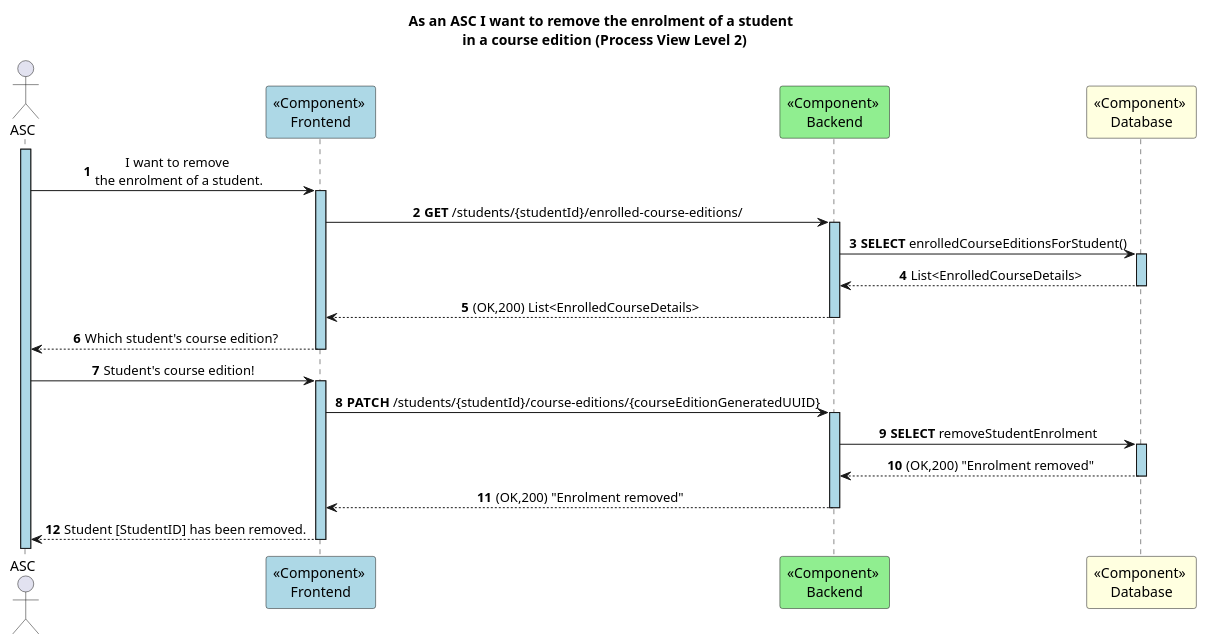
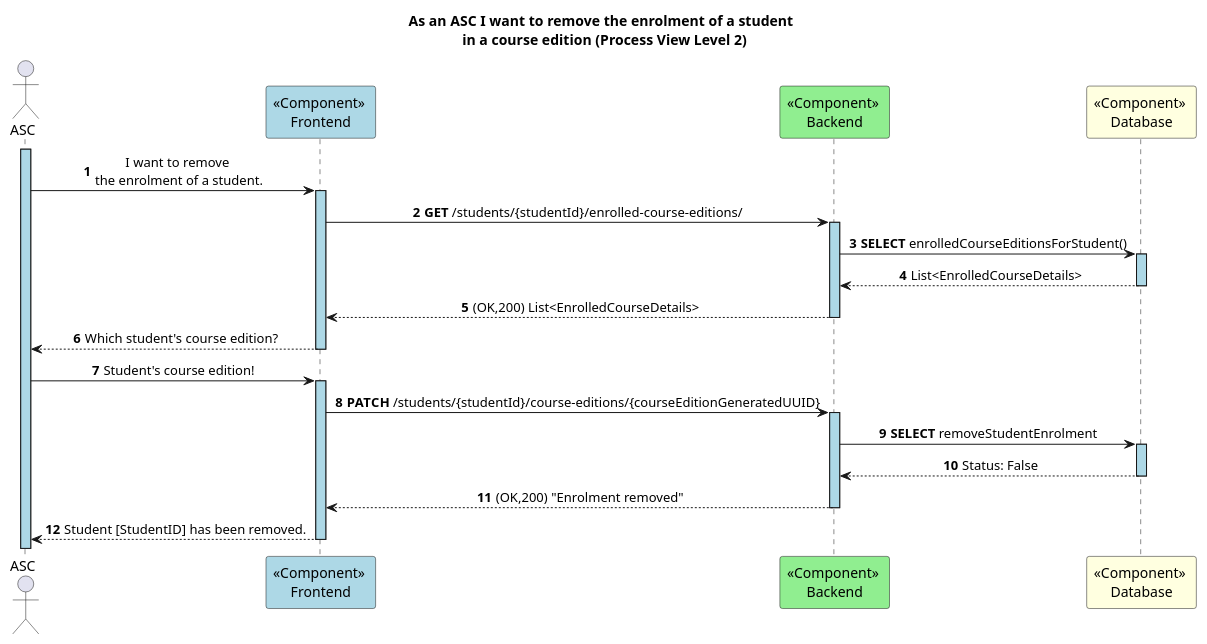
Before and after one commit to GasparISEP/DevOps-PAI: the diagram in docs/US35/ProcessView/Level2-removeStudentFromCourseEdition.puml, drawn with PlantUML.

Commit message:
Update return response in Process View's Level 2 Diagram. Refs #657

```diff
--- a/docs/US35/ProcessView/Level2-removeStudentFromCourseEdition.puml
+++ b/docs/US35/ProcessView/Level2-removeStudentFromCourseEdition.puml
@@ -1,39 +1,39 @@
 @startuml
 autonumber
 title As an ASC I want to remove the enrolment of a student \n in a course edition (Process View Level 2)
 skinparam sequenceLifeLineBackgroundColor lightblue
 skinparam sequenceMessageAlign center
 
 actor ASC
 participant "<<Component>> \nFrontend" as FE #lightblue
 participant "<<Component>> \nBackend" as BE #lightgreen
 participant "<<Component>> \nDatabase" as DB #lightyellow
 
 activate ASC
 ASC -> FE : I want to remove \nthe enrolment of a student.
 activate FE
 FE -> BE : **GET** /students/{studentId}/enrolled-course-editions/
 activate BE
 BE -> DB : **SELECT** enrolledCourseEditionsForStudent()
 activate DB
 DB --> BE : List<EnrolledCourseDetails>
 deactivate DB
 BE --> FE : (OK,200) List<EnrolledCourseDetails>
 deactivate BE
 FE --> ASC : Which student's course edition?
 deactivate FE
 
 ASC -> FE : Student's course edition!
 activate FE
 FE -> BE : **PATCH** /students/{studentId}/course-editions/{courseEditionGeneratedUUID}
 activate BE
 BE -> DB : **SELECT** removeStudentEnrolment
 activate DB
-DB --> BE : (OK,200) "Enrolment removed"
+DB --> BE : Status: False
 deactivate DB
 BE --> FE : (OK,200) "Enrolment removed"
 deactivate BE
 FE --> ASC : Student [StudentID] has been removed.
 deactivate FE
 
 @enduml
```
